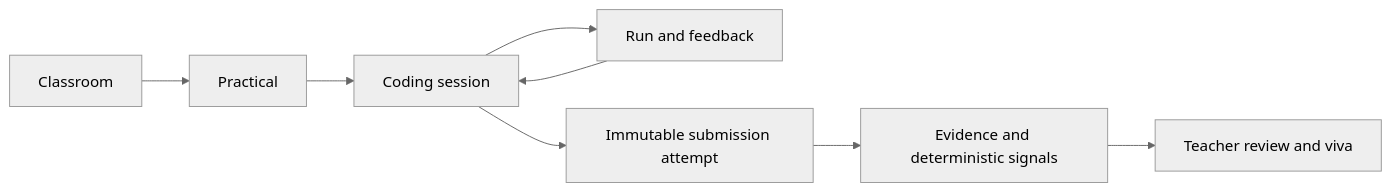
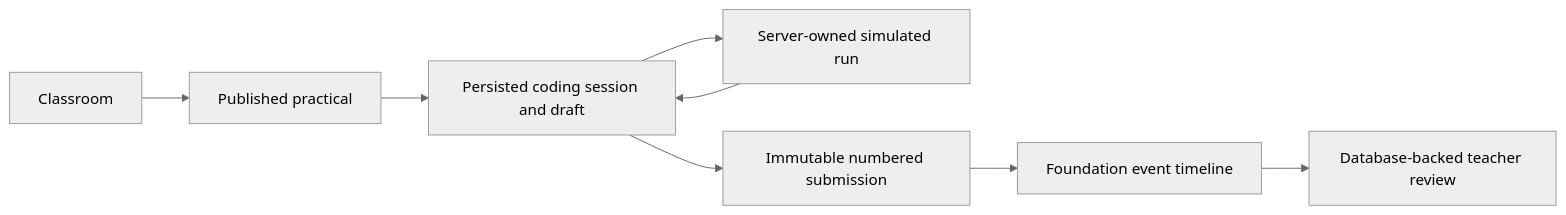
The diagram in docs/03-USER-FLOWS.md (Tanishk1989/Labrix), drawn with Mermaid (neutral theme) before and after one commit. The commit also changed other lines of this file and 41 other files, not shown here.

````diff
--- a/docs/03-USER-FLOWS.md
+++ b/docs/03-USER-FLOWS.md
@@ -5,10 +5,10 @@
 ```mermaid
 flowchart LR
-  C["Classroom"] --> P["Practical"]
-  P --> S["Coding session"]
-  S --> R["Run and feedback"]
+  C["Classroom"] --> P["Published practical"]
+  P --> S["Persisted coding session and draft"]
+  S --> R["Server-owned simulated run"]
   R --> S
-  S --> U["Immutable submission attempt"]
-  U --> E["Evidence and deterministic signals"]
-  E --> T["Teacher review and viva"]
+  S --> U["Immutable numbered submission"]
+  U --> E["Foundation event timeline"]
+  E --> T["Database-backed teacher review"]
 ```
````
